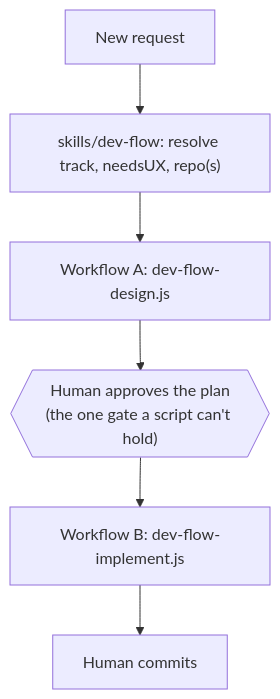
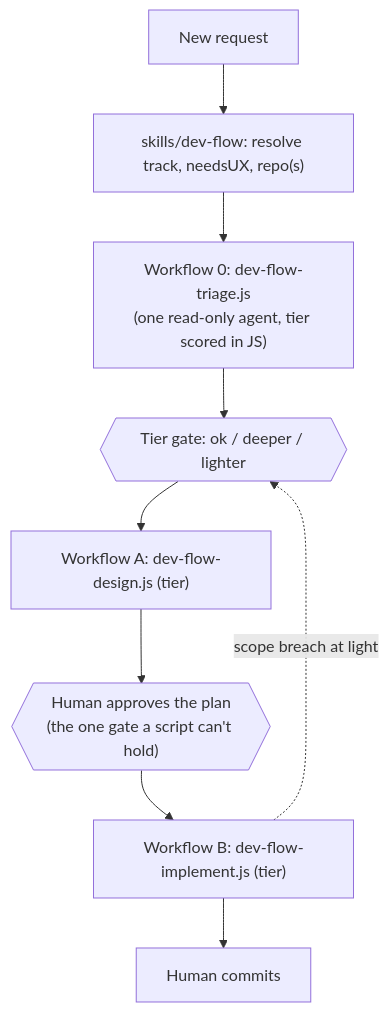
One commit to addit-digital/addit-harness changed the first of 3 diagrams in README.md. Above: the diagram before and after it, drawn with Mermaid. The commit also changed other lines of this file and 43 other files, not shown here.

First line of the commit message:
feat(dev-flow): tiered workflows with a hook-enforced plan gate and a mock test harness

````diff
--- a/README.md
+++ b/README.md
@@ -205,8 +206,11 @@
 ```mermaid
 flowchart TD
     A[New request] --> S1["skills/dev-flow: resolve track, needsUX, repo(s)"]
-    S1 --> WA["Workflow A: dev-flow-design.js"]
+    S1 --> W0["Workflow 0: dev-flow-triage.js\n(one read-only agent, tier scored in JS)"]
+    W0 --> TG{{"Tier gate: ok / deeper / lighter"}}
+    TG --> WA["Workflow A: dev-flow-design.js (tier)"]
     WA --> G{{"Human approves the plan\n(the one gate a script can't hold)"}}
-    G --> WB["Workflow B: dev-flow-implement.js"]
+    G --> WB["Workflow B: dev-flow-implement.js (tier)"]
+    WB -. "scope breach at light" .-> TG
     WB --> C[Human commits]
 ```
````
